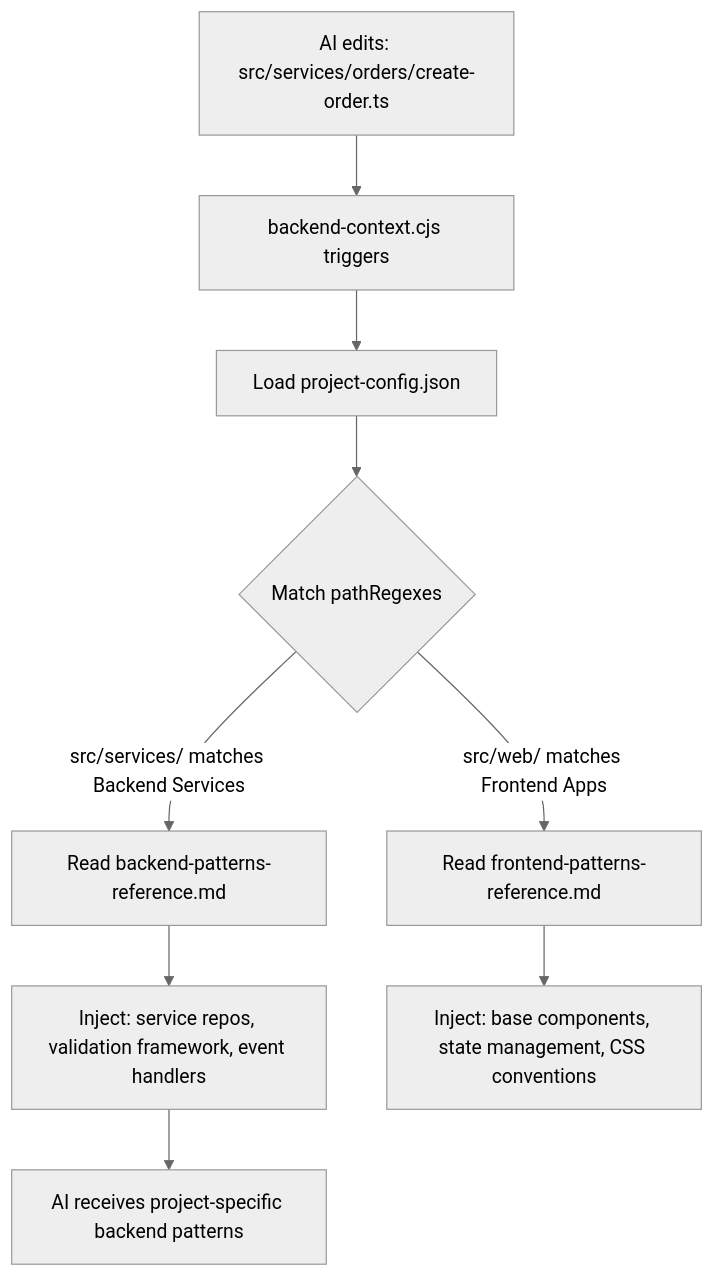
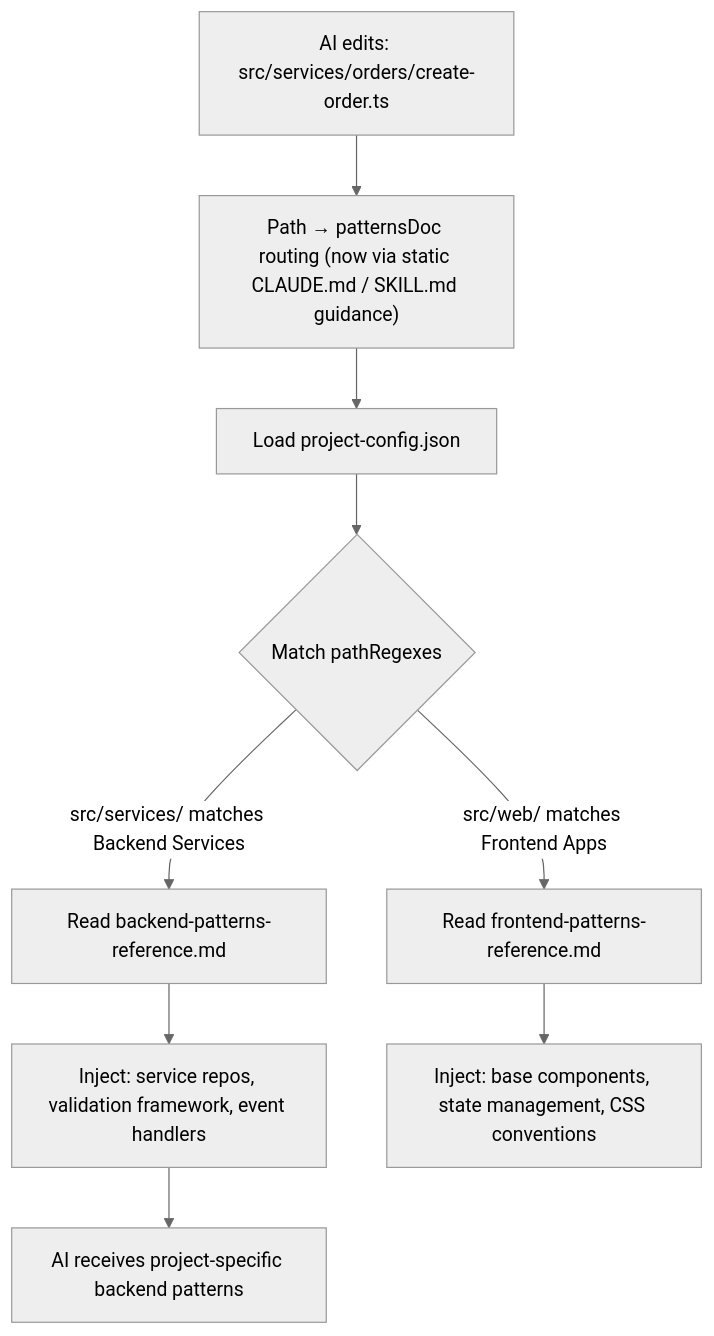
Before and after one commit to duc01226/EasyPlatform: the ninth of 20 diagrams in .claude/docs/claude-ai-agent-framework-guide.md, drawn with Mermaid (neutral theme). The commit also changed other lines of this file and 1280 other files, not shown here.

````diff
--- a/.claude/docs/claude-ai-agent-framework-guide.md
+++ b/.claude/docs/claude-ai-agent-framework-guide.md
@@ -1016,12 +973,12 @@
 ```mermaid
 flowchart TB
-    A["AI edits: src/services/orders/create-order.ts"] --> B["backend-context.cjs triggers"]
+    A["AI edits: src/services/orders/create-order.ts"] --> B["Path → patternsDoc routing (now via static CLAUDE.md / SKILL.md guidance)"]
     B --> C["Load project-config.json"]
     C --> D{"Match pathRegexes"}
     D -->|"src/services/ matches Backend Services"| E["Read backend-patterns-reference.md"]
     E --> F["Inject: service repos, validation framework, event handlers"]
     F --> G["AI receives project-specific backend patterns"]
 
     D -->|"src/web/ matches Frontend Apps"| H["Read frontend-patterns-reference.md"]
     H --> I["Inject: base components, state management, CSS conventions"]
 ```
````
